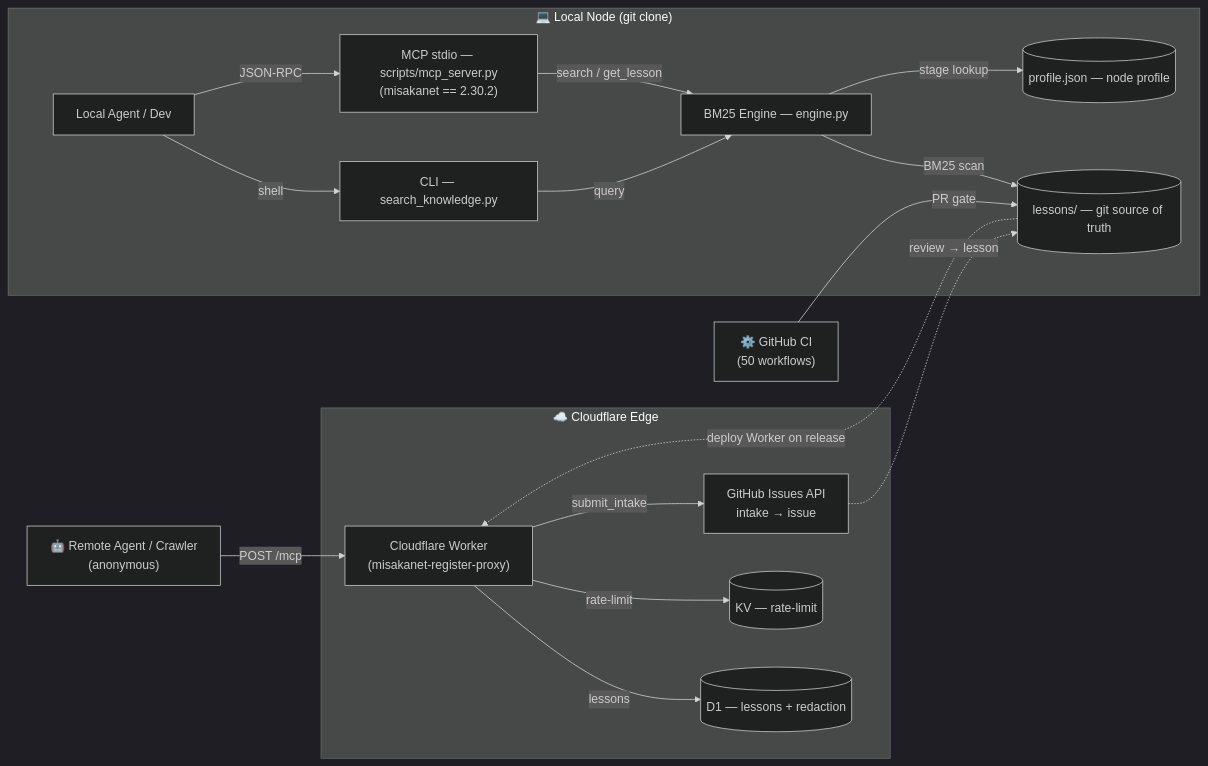
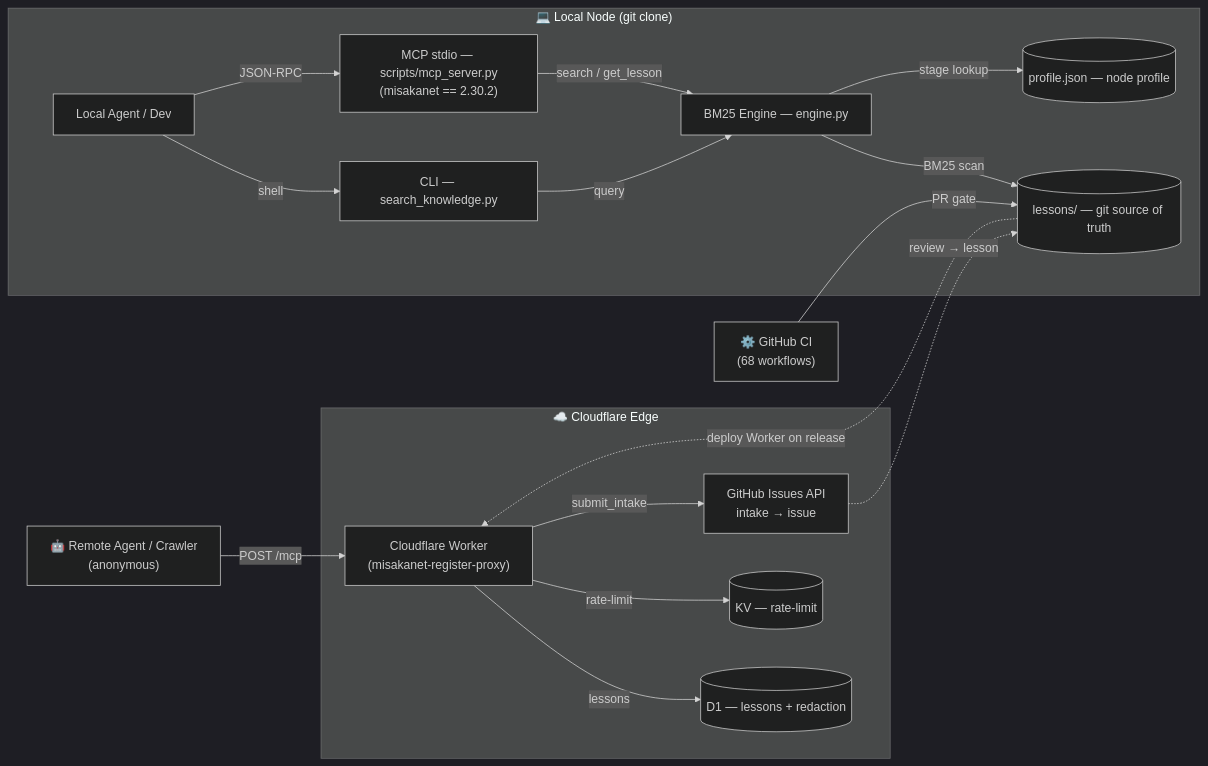
One commit to Ikalus1988/MisakaNet changed the diagram in README.md. Above: the diagram before and after it, drawn with Mermaid (dark theme). The commit also changed other lines of this file and 7 other files, not shown here.

````diff
--- a/README.md
+++ b/README.md
@@ -466,37 +466,37 @@
 ```mermaid
 flowchart LR
     subgraph Edge["☁️ Cloudflare Edge"]
         Worker["Cloudflare Worker<br/>(misakanet-register-proxy)"]
         D1[("D1 — lessons + redaction")]
         KV[("KV — rate-limit")]
         Intake["GitHub Issues API<br/>intake → issue"]
     end
 
     subgraph Local["💻 Local Node (git clone)"]
         User["Local Agent / Dev"]
         CLI["CLI — search_knowledge.py"]
         MCP["MCP stdio — scripts/mcp_server.py<br/>(misakanet == 2.30.2)"]
         Engine["BM25 Engine — engine.py"]
         Lessons[("lessons/ — git source of truth")]
         Profile[("profile.json — node profile")]
     end
 
     Crawler["🤖 Remote Agent / Crawler<br/>(anonymous)"]
-    CI["⚙️ GitHub CI<br/>(50 workflows)"]
+    CI["⚙️ GitHub CI<br/>(68 workflows)"]
 
     Crawler -- "POST /mcp" --> Worker
     Worker -- "lessons" --> D1
     Worker -- "rate-limit" --> KV
     Worker -- "submit_intake" --> Intake
     Intake -. "review → lesson" .-> Lessons
 
     User -- "shell" --> CLI
     User -- "JSON-RPC" --> MCP
     CLI -- "query" --> Engine
     MCP -- "search / get_lesson" --> Engine
     Engine -- "BM25 scan" --> Lessons
     Engine -- "stage lookup" --> Profile
 
     CI -- "PR gate" --> Lessons
     Lessons -. "deploy Worker on release" .-> Worker
 ```
````
